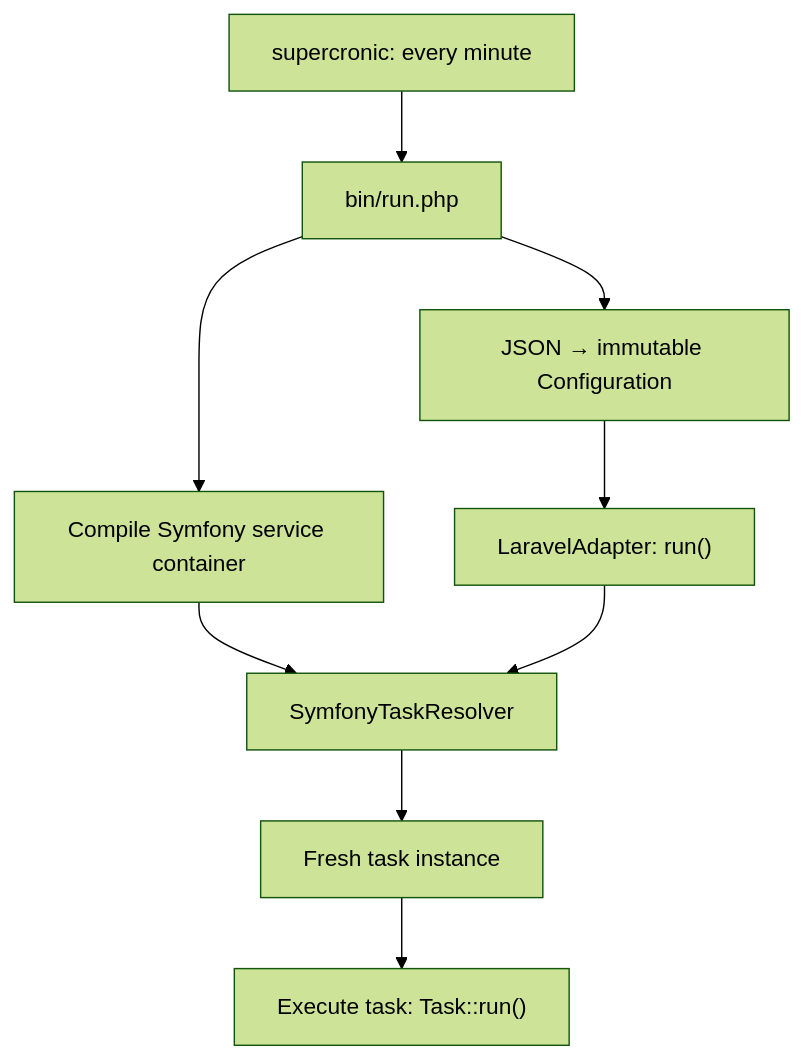
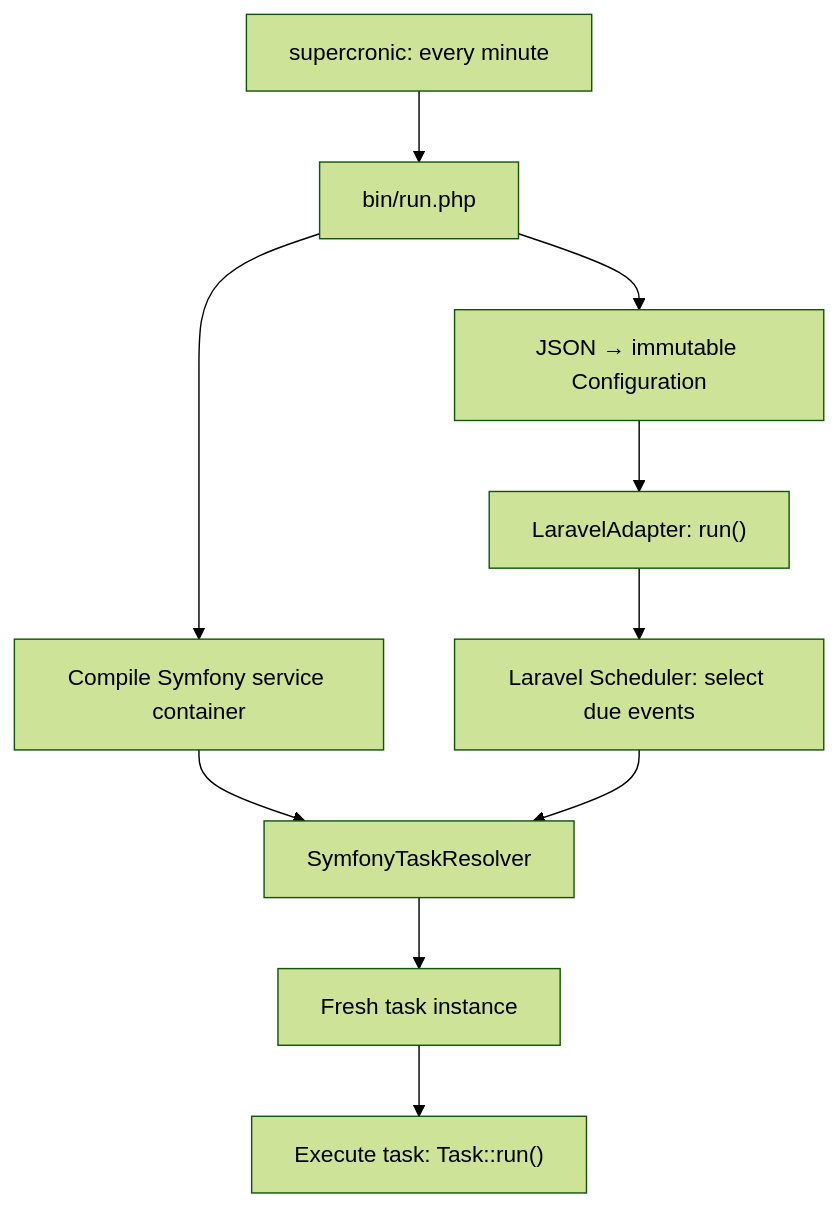
One commit to pupitooo/emorfiq-adapter changed the diagram in README.md. Above: the diagram before and after it, drawn with Mermaid (forest theme). The commit also changed other lines of this file and 12 other files, not shown here.

Commit message:
Run only due Laravel Scheduler events (#7)

````diff
--- a/README.md
+++ b/README.md
@@ -38,11 +38,12 @@
 ```mermaid
 flowchart TD
     Cron["supercronic: every minute"] --> CLI["bin/run.php"]
     CLI --> Config["JSON → immutable Configuration"]
     CLI --> Container["Compile Symfony service container"]
     Config --> Adapter["LaravelAdapter: run()"]
     Container --> Resolver["SymfonyTaskResolver"]
-    Adapter --> Resolver
+    Adapter --> Scheduler["Laravel Scheduler: select due events"]
+    Scheduler --> Resolver
     Resolver --> Task["Fresh task instance"]
     Task --> Execution["Execute task: Task::run()"]
 ```
````
